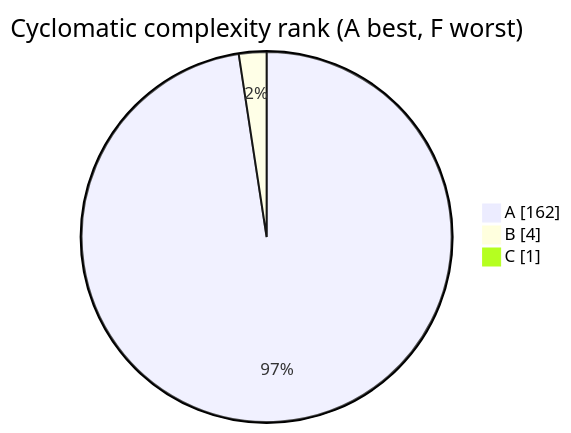
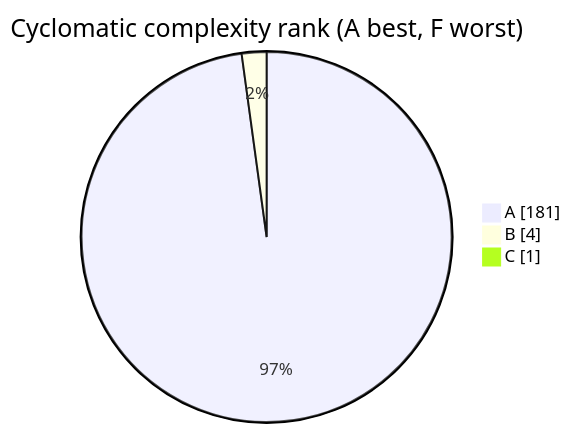
One commit to Kgotso-Koete/fastapi-clean-example changed the diagram in docs/wiki/generated/complexity.md. Above: the diagram before and after it, drawn with Mermaid. The commit also changed other lines of this file and 43 other files, not shown here.

````diff
--- a/docs/wiki/generated/complexity.md
+++ b/docs/wiki/generated/complexity.md
@@ -27,8 +27,8 @@
     ```mermaid
     %%{init: {"theme": "default", "themeVariables": {"fontSize": "14px"}, "flowchart": {"nodeSpacing": 20, "rankSpacing": 16, "padding": 10, "subGraphTitleMargin": {"top": 5, "bottom": 12}, "useMaxWidth": false}}}%%
     pie showData
         title Cyclomatic complexity rank (A best, F worst)
-        "A" : 162
+        "A" : 181
         "B" : 4
         "C" : 1
     ```
````
